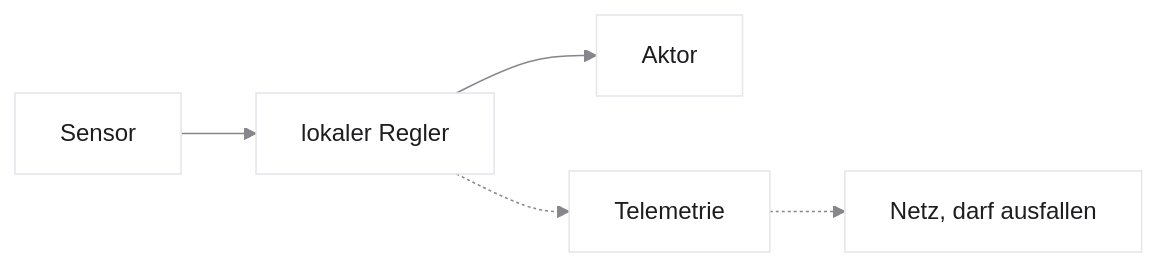
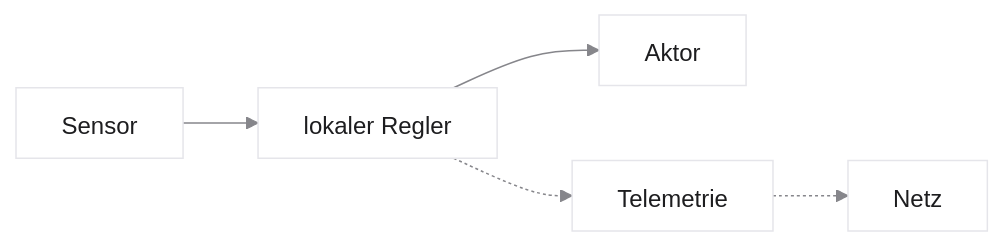
One commit to dantschi/echtzeitsysteme changed the second of 8 diagrams in vorlesungen/09_capstone-architekturmuster.qmd. Above: the diagram before and after it, drawn with Mermaid. The commit also changed other lines of this file and 12 other files, not shown here.

````diff
--- a/vorlesungen/09_capstone-architekturmuster.qmd
+++ b/vorlesungen/09_capstone-architekturmuster.qmd
@@ -143,9 +211,8 @@
 ```{mermaid}
-%%| fig-width: 8.2
-%%{init: {'theme': 'base', 'themeVariables': {'background': '#FFFFFF', 'primaryColor': '#FFFFFF', 'primaryBorderColor': '#E5E5EA', 'primaryTextColor': '#1D1D1F', 'lineColor': '#86868B'}}}%%
+%%| fig-width: 5.4
+%%{init: {'theme':'base','htmlLabels':false,'flowchart':{'htmlLabels':false},'themeVariables':{'background':'#FFFFFF','primaryColor':'#FFFFFF','primaryBorderColor':'#E5E5EA','primaryTextColor':'#1D1D1F','lineColor':'#86868B'}}}%%
 flowchart LR
-  S["Sensor"] --> R["lokaler Regler"]
-  R --> A["Aktor"]
-  R -.-> T["Telemetrie"]
-  T -.-> N["Netz, darf ausfallen"]
+ S["Sensor"] --> R["lokaler Regler"] --> A["Aktor"]
+ R -.-> T["Telemetrie"] -.-> N["Netz"]
+
 ```
````
